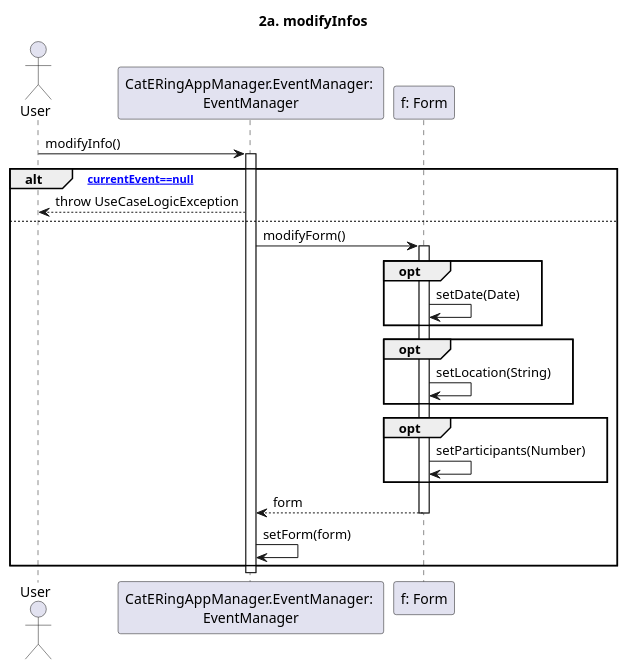
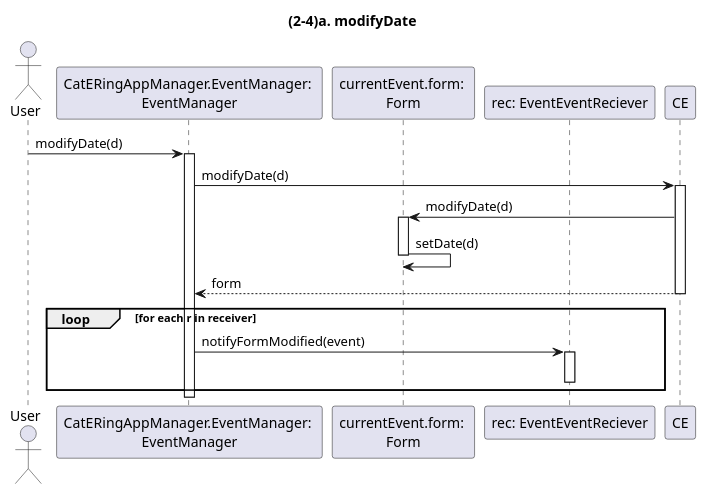
One commit to m0canu1/sas changed the diagram in dsd/dsd-eventi/estensioniEcc/924a-modifyDate.md. Above: the diagram before and after it, drawn with PlantUML. The commit also changed 7 other files, not shown here.

````diff
--- a/dsd/dsd-eventi/estensioniEcc/924a-modifyDate.md
+++ b/dsd/dsd-eventi/estensioniEcc/924a-modifyDate.md
@@ -1,33 +1,31 @@
 ```plantuml
 
-title: 2a. modifyInfos
+title: (2-4)a. modifyDate
 
 Actor User
 Participant "CatERingAppManager.EventManager: \nEventManager" as EM
-Participant "f: Form" as FM
+Participant "currentEvent.form: \nForm" as FM
+Participant "rec: EventEventReciever" as EER
 
-User -> EM: modifyInfo()
+User -> EM: modifyDate(d)
 Activate EM
 
-alt [currentEvent==null]
-    EM --> User: throw UseCaseLogicException
-else
-    EM -> FM: modifyForm()
-    Activate FM
-    opt
-        FM -> FM: setDate(Date)
-    end
-    opt
-        FM -> FM: setLocation(String)
-    end
-    opt
-        FM -> FM: setParticipants(Number) 
-    end
-    FM --> EM: form
-    Deactivate FM
-    EM -> EM: setForm(form)
+EM -> CE: modifyDate(d)
+Activate CE
+CE -> FM: modifyDate(d)
+Activate FM
+FM -> FM: setDate(d)
+Deactivate FM
+CE --> EM: form
+Deactivate CE
+
+loop for each r in receiver
+    EM -> EER: notifyFormModified(event)
+    Activate EER
+    Deactivate EER
 end
+
 Deactivate EM
 
 
 ```
````
